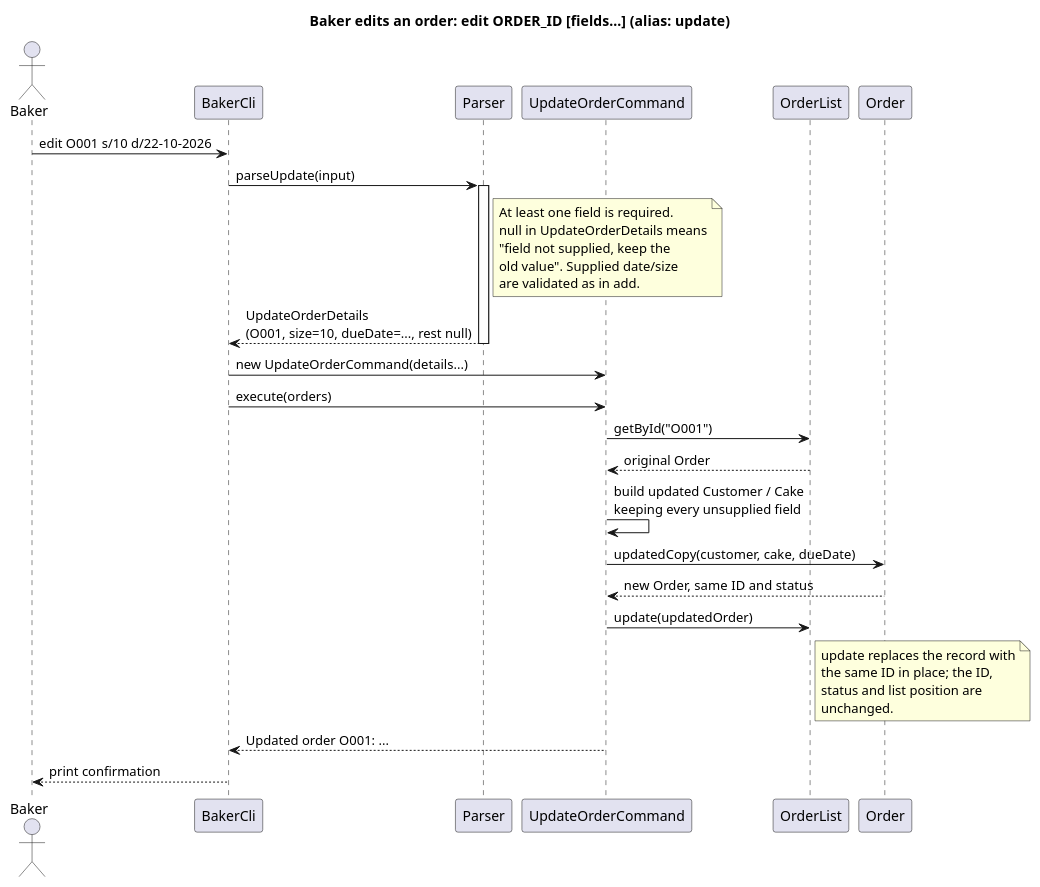
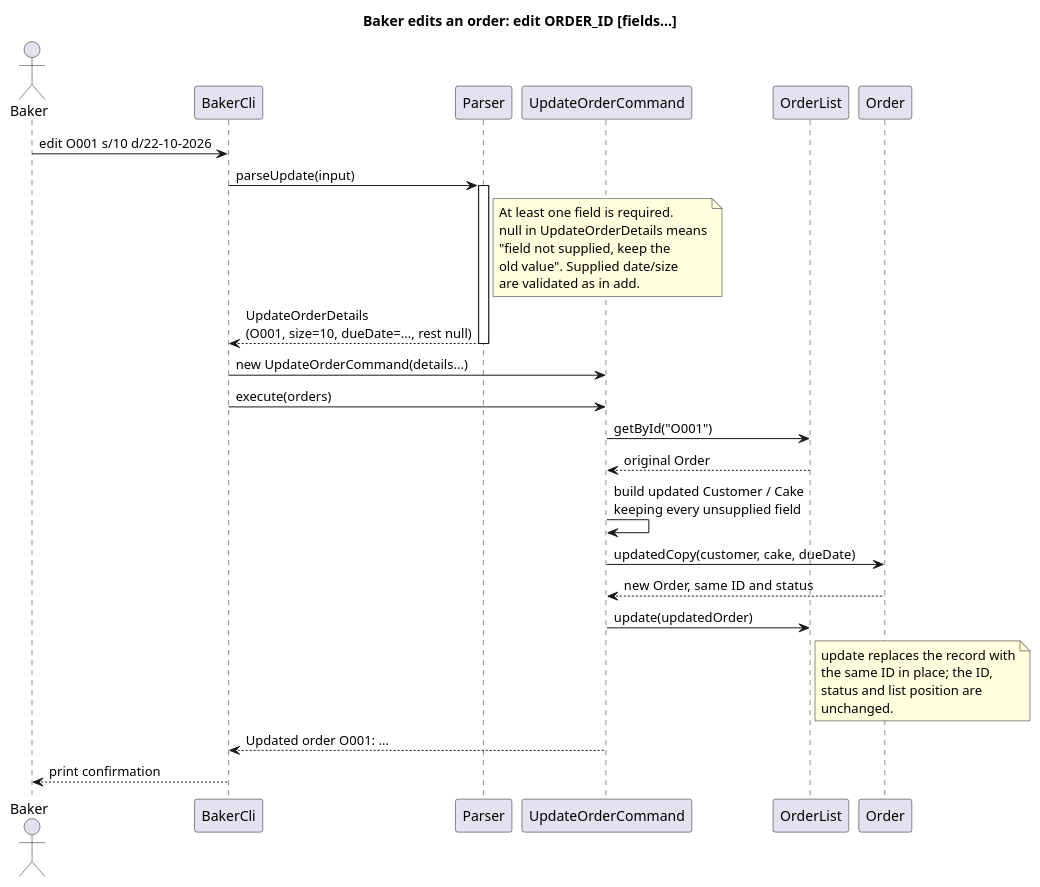
Before and after one commit to AY2627S1-CS2113-W12-1/tp: the diagram in docs/diagrams/EditSequenceDiagram.puml, drawn with PlantUML. The commit also changed 31 other files, not shown here.

```diff
--- a/docs/diagrams/EditSequenceDiagram.puml
+++ b/docs/diagrams/EditSequenceDiagram.puml
@@ -1,39 +1,39 @@
 @startuml EditSequenceDiagram
-title Baker edits an order: edit ORDER_ID [fields...]  (alias: update)
+title Baker edits an order: edit ORDER_ID [fields...]
 
 actor Baker
 participant "BakerCli" as Cli
 participant "Parser" as Parser
 participant "UpdateOrderCommand" as Cmd
 participant "OrderList" as List
 participant "Order" as Order
 
 Baker -> Cli : edit O001 s/10 d/22-10-2026
 Cli -> Parser : parseUpdate(input)
 activate Parser
 note right of Parser
   At least one field is required.
   null in UpdateOrderDetails means
   "field not supplied, keep the
   old value". Supplied date/size
   are validated as in add.
 end note
 Parser --> Cli : UpdateOrderDetails\n(O001, size=10, dueDate=..., rest null)
 deactivate Parser
 Cli -> Cmd : new UpdateOrderCommand(details...)
 Cli -> Cmd : execute(orders)
 Cmd -> List : getById("O001")
 List --> Cmd : original Order
 Cmd -> Cmd : build updated Customer / Cake\nkeeping every unsupplied field
 Cmd -> Order : updatedCopy(customer, cake, dueDate)
 Order --> Cmd : new Order, same ID and status
 Cmd -> List : update(updatedOrder)
 note right of List
   update replaces the record with
   the same ID in place; the ID,
   status and list position are
   unchanged.
 end note
 Cmd --> Cli : Updated order O001: ...
 Cli --> Baker : print confirmation
 @enduml
```
